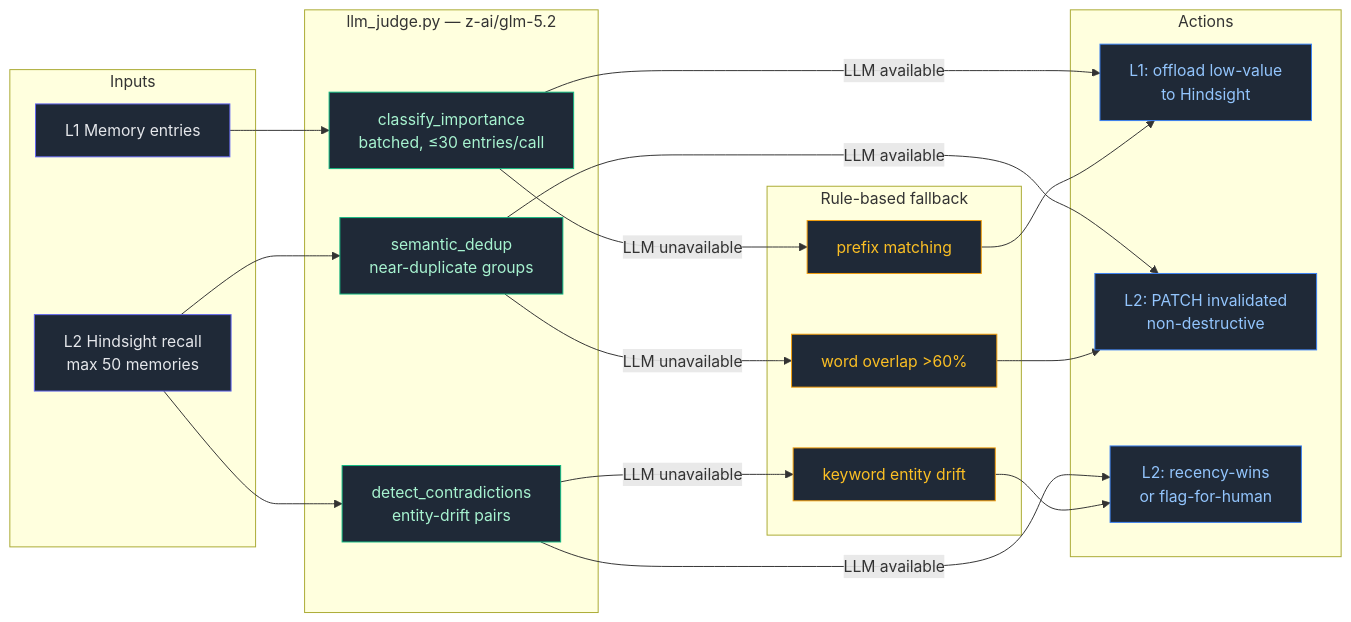
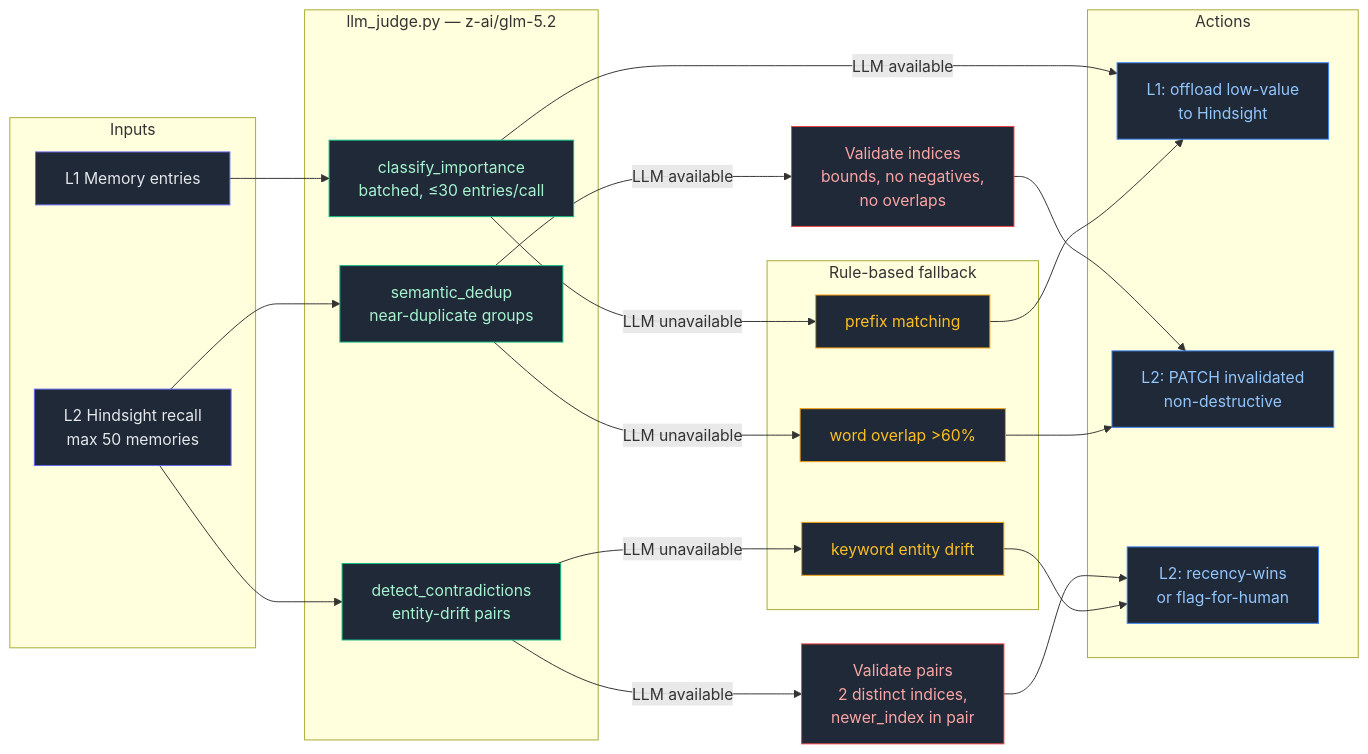
One commit to Green-Needle-Tech/agent-memory-optimization changed the first of 2 diagrams in README.md. Above: the diagram before and after it, drawn with Mermaid. The commit also changed other lines of this file and 8 other files, not shown here.

````diff
--- a/README.md
+++ b/README.md
@@ -34,50 +57,54 @@
 ```mermaid
 flowchart LR
     subgraph Inputs
         MEM1[L1 Memory entries]
         MEM2[L2 Hindsight recall<br/>max 50 memories]
     end
 
     subgraph Judge["llm_judge.py — z-ai/glm-5.2"]
         IC[classify_importance<br/>batched, ≤30 entries/call]
         SD[semantic_dedup<br/>near-duplicate groups]
         CD[detect_contradictions<br/>entity-drift pairs]
     end
 
     subgraph Fallback["Rule-based fallback"]
         FB1[prefix matching]
         FB2[word overlap >60%]
         FB3[keyword entity drift]
     end
 
     subgraph Actions
         A1[L1: offload low-value<br/>to Hindsight]
         A2[L2: PATCH invalidated<br/>non-destructive]
         A3[L2: recency-wins<br/>or flag-for-human]
     end
 
     MEM1 --> IC
     MEM2 --> SD
     MEM2 --> CD
 
     IC -- LLM available --> A1
-    SD -- LLM available --> A2
-    CD -- LLM available --> A3
+    SD -- LLM available --> VAL1[Validate indices<br/>bounds, no negatives,<br/>no overlaps]
+    CD -- LLM available --> VAL2[Validate pairs<br/>2 distinct indices,<br/>newer_index in pair]
+    VAL1 --> A2
+    VAL2 --> A3
 
     IC -- LLM unavailable --> FB1
     SD -- LLM unavailable --> FB2
     CD -- LLM unavailable --> FB3
 
     FB1 --> A1
     FB2 --> A2
     FB3 --> A3
 
     classDef input fill:#1f2937,stroke:#6366f1,color:#e5e7eb
     classDef judge fill:#1f2937,stroke:#10b981,color:#a7f3d0
     classDef fallback fill:#1f2937,stroke:#f59e0b,color:#fbbf24
     classDef action fill:#1f2937,stroke:#3b82f6,color:#93c5fd
+    classDef validate fill:#1f2937,stroke:#ef4444,color:#fca5a5
     class MEM1,MEM2 input
     class IC,SD,CD judge
     class FB1,FB2,FB3 fallback
     class A1,A2,A3 action
+    class VAL1,VAL2 validate
 ```
````
